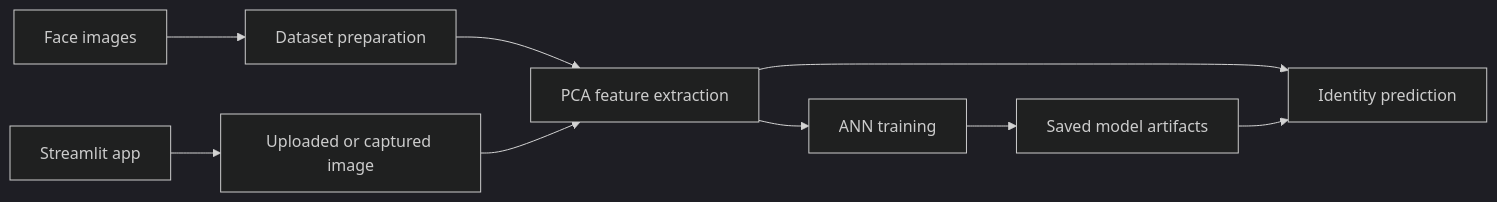
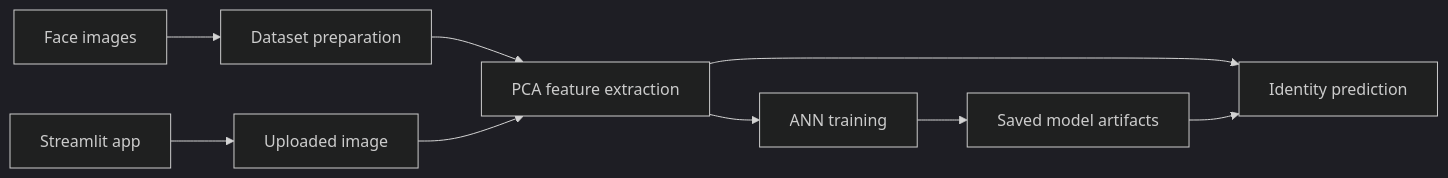
The diagram in README.md (kalyan870/FaceRecognition_PCA_ANN), drawn with Mermaid (dark theme) before and after one commit.

Commit message:
Match legacy overview to upload-based workflow

````diff
--- a/README.md
+++ b/README.md
@@ -13,11 +13,11 @@
 ```mermaid
 flowchart LR
     A[Face images] --> B[Dataset preparation]
     B --> C[PCA feature extraction]
     C --> D[ANN training]
     D --> E[Saved model artifacts]
-    F[Streamlit app] --> G[Uploaded or captured image]
+    F[Streamlit app] --> G[Uploaded image]
     G --> C
     C --> H[Identity prediction]
     E --> H
 ```
````
